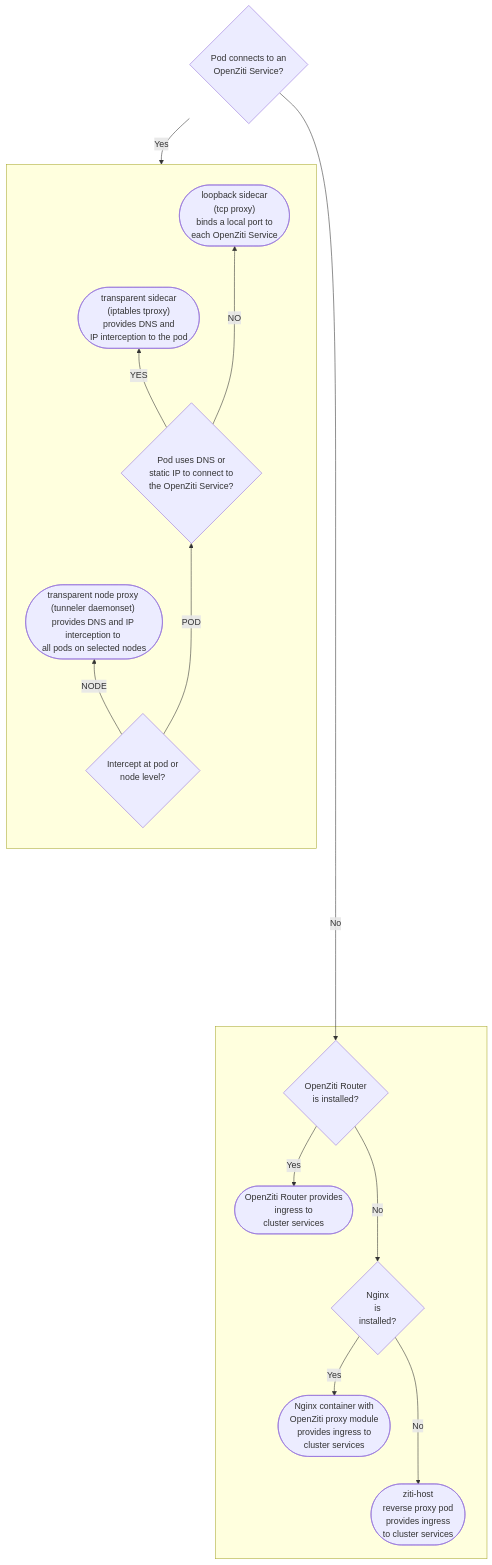
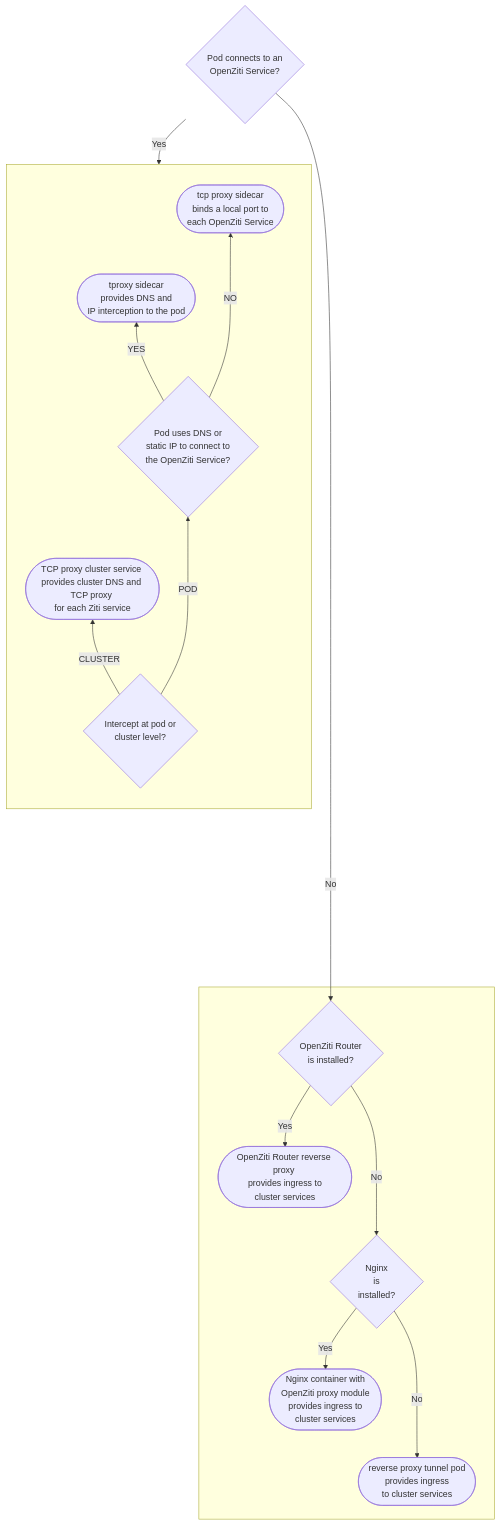
Before and after one commit to openziti/ziti-doc: the diagram in docusaurus/docs/guides/kubernetes/workload-tunneling/index.md, drawn with Mermaid. The commit also changed other lines of this file, not shown here.

Commit message:
stop documenting node proxy; document router proxy

````diff
--- a/docusaurus/docs/guides/kubernetes/workload-tunneling/index.md
+++ b/docusaurus/docs/guides/kubernetes/workload-tunneling/index.md
@@ -7,25 +7,26 @@
 ```mermaid
 graph TB; 
   A{Pod connects to an </br>OpenZiti Service?}
-  A -- Yes --> B{Intercept at pod or </br>node level?}
+  A -- Yes --> B{Intercept at pod or </br>cluster level?}
   subgraph egressGraph ["&nbsp;"]
     direction BT
-    B -- NODE --> F(["transparent node proxy </br>(tunneler daemonset) </br>provides DNS and IP interception to </br>all pods on selected nodes"])
+    B -- CLUSTER --> F(["TCP proxy cluster service </br>provides cluster DNS and TCP proxy </br>for each Ziti service"])
     B -- POD ---> G{Pod uses DNS or </br>static IP to connect to </br>the OpenZiti Service?}
-    G -- YES --> H(["transparent sidecar </br>(iptables tproxy)</br> provides DNS and </br>IP interception to the pod"])
-    G -- NO ---> I(["loopback sidecar </br>(tcp proxy)</br>binds a local port to </br>each OpenZiti Service"])
+    G -- YES --> H(["tproxy sidecar</br> provides DNS and </br>IP interception to the pod"])
+    G -- NO ---> I(["tcp proxy sidecar</br>binds a local port to </br>each OpenZiti Service"])
   end
   class egressGraph subgraphClass
   A -- No --------> K{OpenZiti Router </br>is installed?}
   subgraph ingressGraph ["&nbsp;"]
-    K -- Yes --> J([OpenZiti Router provides </br>ingress to</br>cluster services])
+    K -- Yes --> J([OpenZiti Router reverse proxy </br>provides ingress to</br>cluster services])
     K -- No ---> C{Nginx </br>is </br>installed?}
     C -- Yes --> D([Nginx container with </br>OpenZiti proxy module </br>provides ingress to</br>cluster services])
-    C -- No ---> E([ziti-host </br>reverse proxy pod</br>provides ingress </br>to cluster services])
+    C -- No ---> E([reverse proxy tunnel pod</br>provides ingress </br>to cluster services])
   end
-  click D "../../securing-apis/aks-api-with-nginx-ziti-module/" "OpenZiti Nginx Module"
-  click E "./kubernetes-host/" "ziti-host"
-  click F "./kubernetes-daemonset/" "node proxy"
-  click H "./kubernetes-sidecar/" "transparent sidecar"
-  click I "#loopback-proxy-sidecar" "loopback sidecar"
+  click D "#nginx-proxy-module" "OpenZiti Nginx Module"
+  click E "#reverse-proxy-tunnel-pod" "ziti-host"
+  click F "#tcp-proxy-cluster-service" "cluster proxy"
+  click H "#transparent-proxy-sidecar" "transparent sidecar"
+  click I "#tcp-proxy-sidecar" "loopback sidecar"
+  click J "#reverse-proxy-router-pod" "cluster reverse proxy"
 ```
````
